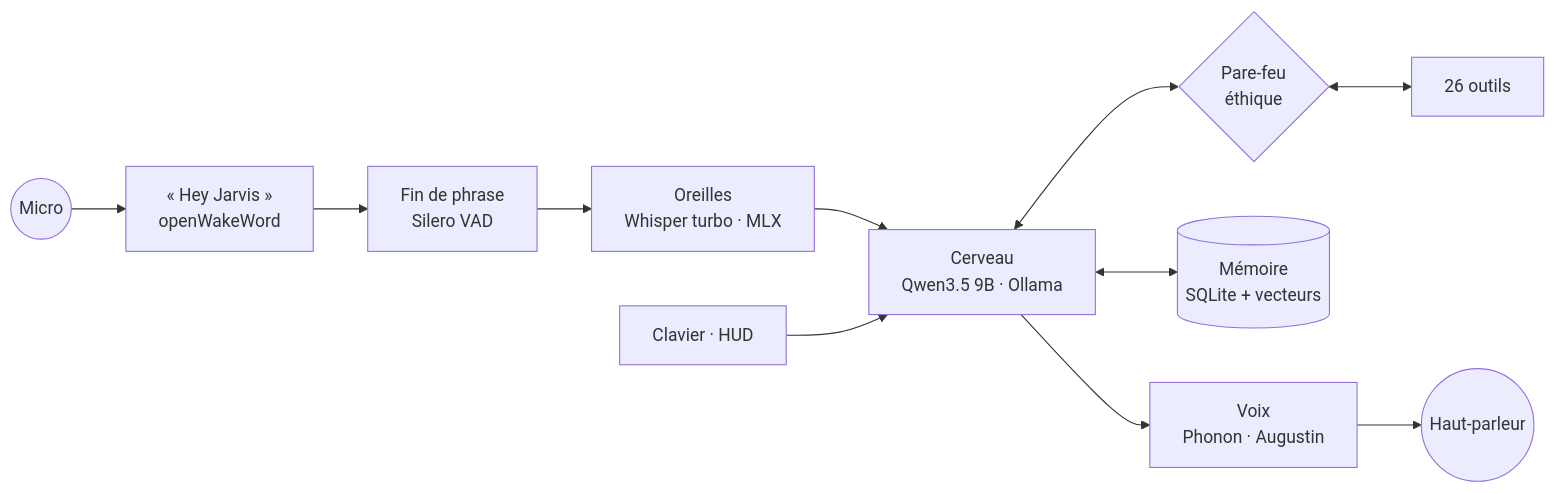
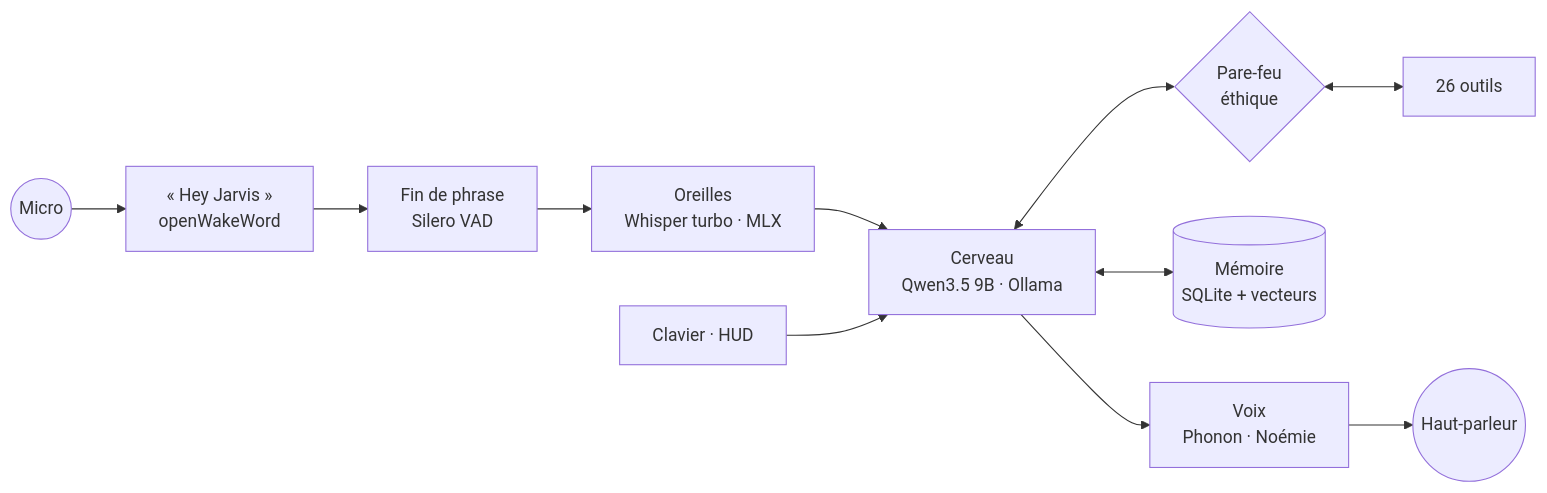
Before and after one commit to Ichroc/Jarvis: the diagram in README.md, drawn with Mermaid. The commit also changed other lines of this file and 14 other files, not shown here.

````diff
--- a/README.md
+++ b/README.md
@@ -58,10 +58,10 @@
 ```mermaid
 flowchart LR
     M((Micro)) --> W["« Hey Jarvis »<br/>openWakeWord"] --> V["Fin de phrase<br/>Silero VAD"] --> O["Oreilles<br/>Whisper turbo · MLX"]
     O --> C["Cerveau<br/>Qwen3.5 9B · Ollama"]
     K["Clavier · HUD"] --> C
     C <--> F{"Pare-feu<br/>éthique"}
     F <--> X["26 outils"]
     C <--> S[("Mémoire<br/>SQLite + vecteurs")]
-    C --> P["Voix<br/>Phonon · Augustin"] --> H((Haut-parleur))
+    C --> P["Voix<br/>Phonon · Noémie"] --> H((Haut-parleur))
 ```
````
